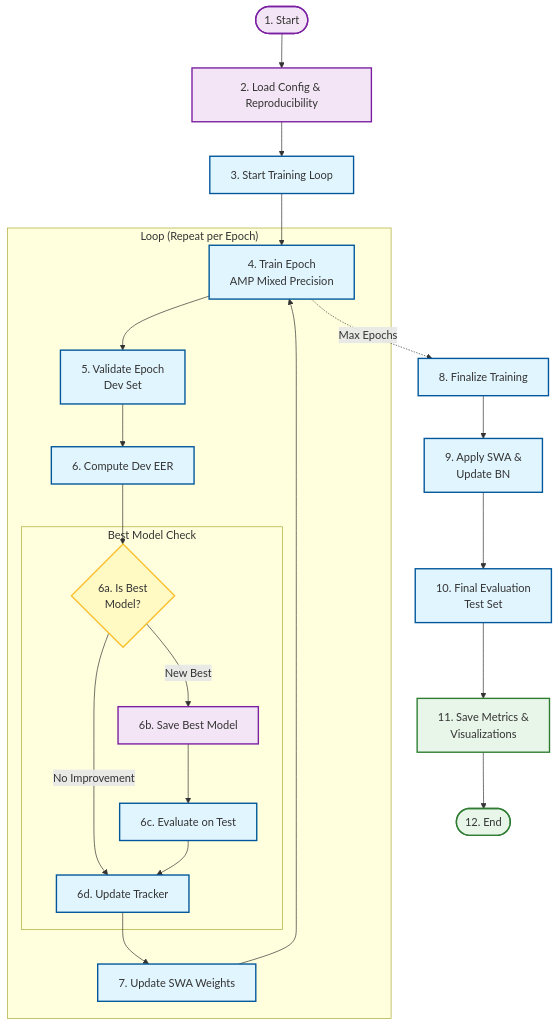
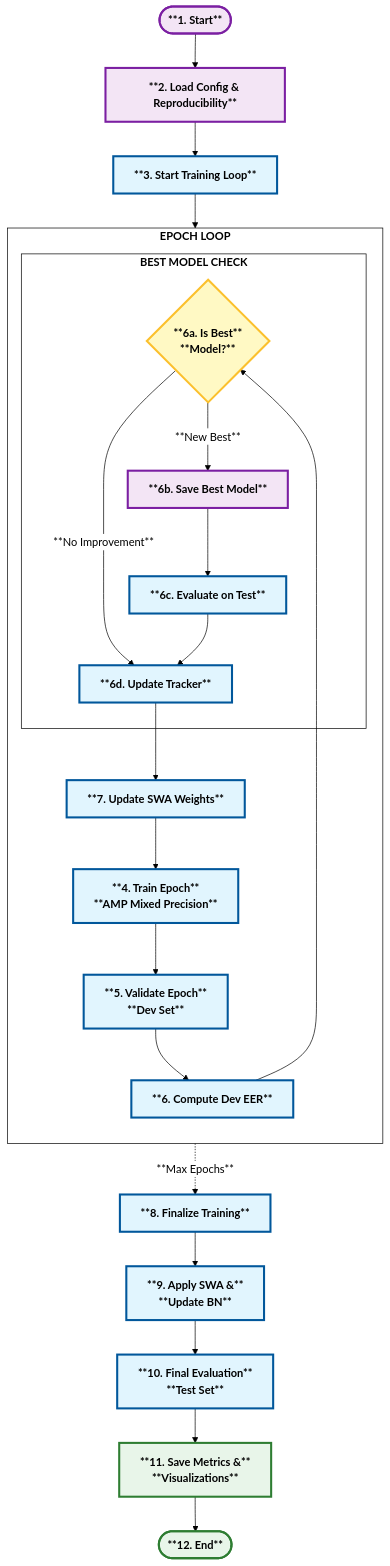
The first of 2 diagrams in docs/methodoloyg_part3.md (gkibria121/ai-voice-detector), drawn with Mermaid before and after one commit. The commit also changed other lines of this file and 5 other files, not shown here.

````diff
--- a/docs/methodoloyg_part3.md
+++ b/docs/methodoloyg_part3.md
@@ -6,44 +5,46 @@
 ```mermaid
+%%{init: {'theme':'base', 'themeVariables': { 'primaryColor':'#fff', 'primaryTextColor':'#000', 'primaryBorderColor':'#000', 'lineColor':'#000', 'secondaryColor':'#fff', 'tertiaryColor':'#fff', 'clusterBkg':'#fff', 'clusterBorder':'#000', 'titleColor':'#000', 'edgeLabelBackground':'#fff', 'fontSize':'16px', 'fontFamily':'arial'}}}%%
 flowchart TD
     %% Training Loop Diagram derived from main.py
-    classDef process fill:#e1f5fe,stroke:#01579b,stroke-width:2px
-    classDef decision fill:#fff9c4,stroke:#fbc02d,stroke-width:2px
-    classDef storage fill:#f3e5f5,stroke:#7b1fa2,stroke-width:2px
-    classDef final fill:#e8f5e9,stroke:#2e7d32,stroke-width:2px
+    classDef process fill:#e1f5fe,stroke:#01579b,stroke-width:3px,color:#000,font-weight:bold
+    classDef decision fill:#fff9c4,stroke:#fbc02d,stroke-width:3px,color:#000,font-weight:bold
+    classDef storage fill:#f3e5f5,stroke:#7b1fa2,stroke-width:3px,color:#000,font-weight:bold
+    classDef final fill:#e8f5e9,stroke:#2e7d32,stroke-width:3px,color:#000,font-weight:bold
 
-    Start(["1. Start"]):::storage --> Init["2. Load Config & Reproducibility"]:::storage
-    Init --> EpochStart["3. Start Training Loop"]:::process
+    Start(["**1. Start**"]):::storage --> Init["**2. Load Config & Reproducibility**"]:::storage
+    Init --> EpochStart["**3. Start Training Loop**"]:::process
 
-    subgraph EpochLoop["Loop (Repeat per Epoch)"]
-        Train["4. Train Epoch<br/>AMP Mixed Precision"]:::process
-        Validate["5. Validate Epoch<br/>Dev Set"]:::process
-        CheckEER["6. Compute Dev EER"]:::process
+    subgraph EpochLoop["<b>EPOCH LOOP</b>"]
+        direction TB
+        Train["**4. Train Epoch**<br/>**AMP Mixed Precision**"]:::process
+        Validate["**5. Validate Epoch**<br/>**Dev Set**"]:::process
+        CheckEER["**6. Compute Dev EER**"]:::process
 
-        subgraph CheckBest["Best Model Check"]
-            IsBest{"6a. Is Best<br/>Model?"}:::decision
-            SaveBest["6b. Save Best Model"]:::storage
-            EvalTest["6c. Evaluate on Test"]:::process
-            UpdateTracker["6d. Update Tracker"]:::process
+        subgraph CheckBest["<b>BEST MODEL CHECK</b>"]
+            IsBest{"**6a. Is Best**<br/>**Model?**"}:::decision
+            SaveBest["**6b. Save Best Model**"]:::storage
+            EvalTest["**6c. Evaluate on Test**"]:::process
+            UpdateTracker["**6d. Update Tracker**"]:::process
         end
 
-        SWA["7. Update SWA Weights"]:::process
+        SWA["**7. Update SWA Weights**"]:::process
 
         Train --> Validate
         Validate --> CheckEER
         CheckEER --> IsBest
-        IsBest -->|New Best| SaveBest
-        IsBest -->|No Improvement| UpdateTracker
+        IsBest -->|**New Best**| SaveBest
+        IsBest -->|**No Improvement**| UpdateTracker
         SaveBest --> EvalTest
         EvalTest --> UpdateTracker
         UpdateTracker --> SWA
         SWA --> Train
     end
 
     EpochStart --> Train
-    Train -.->|Max Epochs| Finalize["8. Finalize Training"]:::process
+    Train -.->|**Max Epochs**| Finalize["**8. Finalize Training**"]:::process
 
-    Finalize --> ProcessSWA["9. Apply SWA &<br/>Update BN"]:::process
-    ProcessSWA --> FinalEval["10. Final Evaluation<br/>Test Set"]:::process
-    FinalEval --> Metrics["11. Save Metrics &<br/>Visualizations"]:::final
-    Metrics --> End(["12. End"]):::final
+    Finalize --> ProcessSWA["**9. Apply SWA &**<br/>**Update BN**"]:::process
+    ProcessSWA --> FinalEval["**10. Final Evaluation**<br/>**Test Set**"]:::process
+    FinalEval --> Metrics["**11. Save Metrics &**<br/>**Visualizations**"]:::final
+    Metrics --> End(["**12. End**"]):::final
 ```
````
